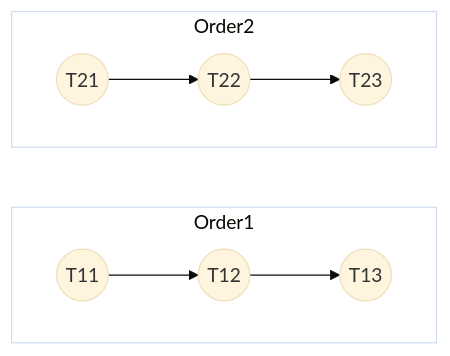
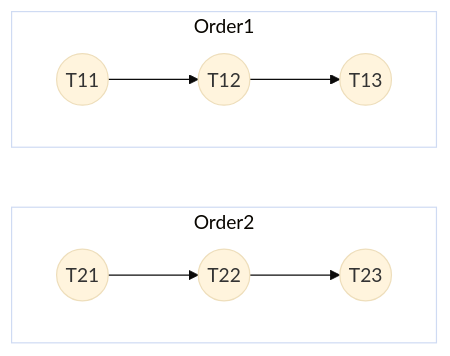
One commit to zen-xu/obsidian changed the first of 2 diagrams in 100 Notes/金融量化/交易所业务/SH L2 Order & Trade 关系.md. Above: the diagram before and after it, drawn with Mermaid (base theme). The commit also changed other lines of this file, not shown here.

````diff
--- a/100 Notes/金融量化/交易所业务/SH L2 Order & Trade 关系.md
+++ b/100 Notes/金融量化/交易所业务/SH L2 Order & Trade 关系.md
@@ -6,22 +6,25 @@
 ```mermaid
-flowchart RL
+flowchart TD
+
   T11@{ shape: circle}
   T12@{ shape: circle}
   T13@{ shape: circle}
   T21@{ shape: circle}
   T22@{ shape: circle}
   T23@{ shape: circle}
 
   subgraph Order1
     direction LR
     T11 --> T12 --> T13
   end
 
   subgraph Order2
     direction LR
     T21 --> T22 --> T23
   end
+
+  Order1 ~~~ Order2
   
   style Order1 fill:None
   style Order2 fill:None
 ```
````
